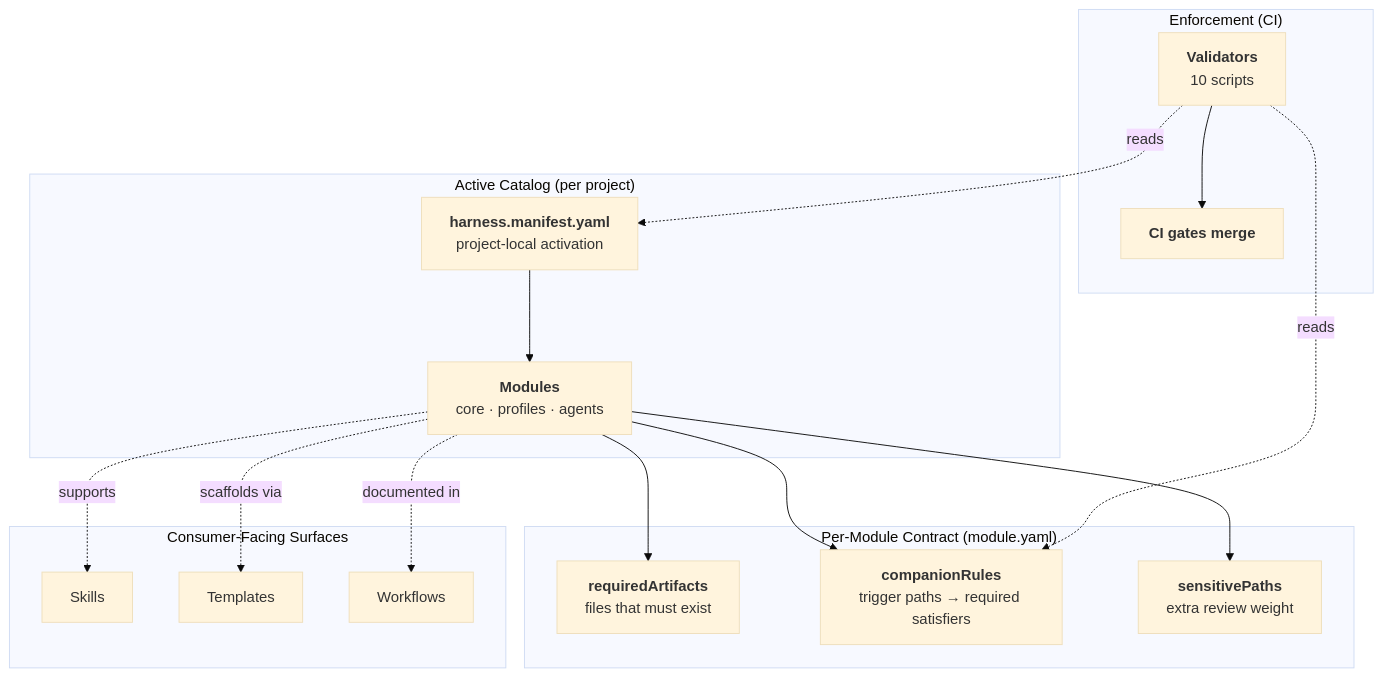
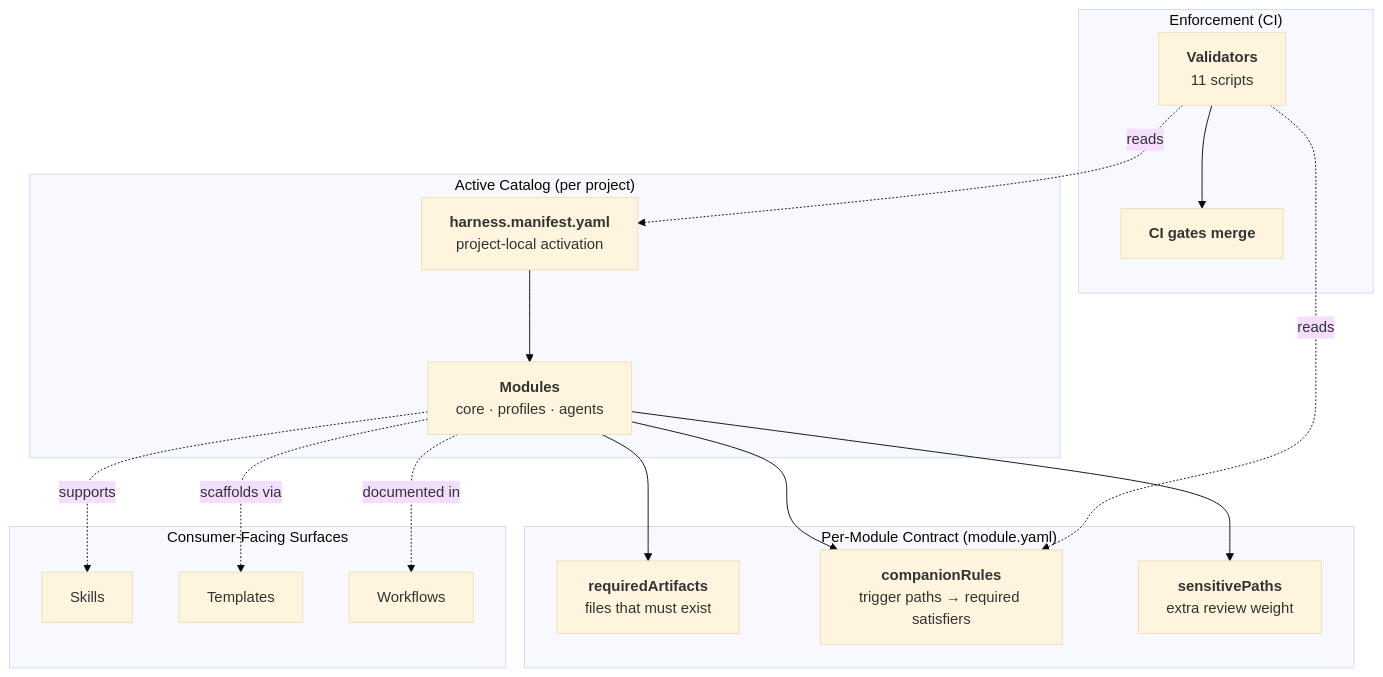
The diagram in README.md (unclenate/auto-harness), drawn with Mermaid (base theme) before and after one commit. The commit also changed other lines of this file and 16 other files, not shown here.

````diff
--- a/README.md
+++ b/README.md
@@ -130,31 +130,31 @@
 ```mermaid
 flowchart TD
     Manifest["<b>harness.manifest.yaml</b><br/>project-local activation"]
 
     subgraph CATALOG["Active Catalog (per project)"]
         Manifest --> Modules["<b>Modules</b><br/>core · profiles · agents"]
     end
 
     subgraph CONTRACT["Per-Module Contract (module.yaml)"]
         Modules --> Required["<b>requiredArtifacts</b><br/>files that must exist"]
         Modules --> Companions["<b>companionRules</b><br/>trigger paths → required satisfiers"]
         Modules --> Sensitive["<b>sensitivePaths</b><br/>extra review weight"]
     end
 
     subgraph ENFORCE["Enforcement (CI)"]
-        Validators["<b>Validators</b><br/>10 scripts"]
+        Validators["<b>Validators</b><br/>11 scripts"]
         Validators -.reads.-> Manifest
         Validators -.reads.-> Companions
         Validators --> CIGate["<b>CI gates merge</b>"]
     end
 
     subgraph SURFACE["Consumer-Facing Surfaces"]
         Skills["Skills"]
         Templates["Templates"]
         Workflows["Workflows"]
     end
 
     Modules -.supports.-> Skills
     Modules -.scaffolds via.-> Templates
     Modules -.documented in.-> Workflows
 ```
````
